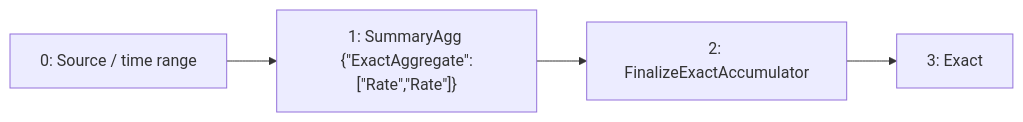
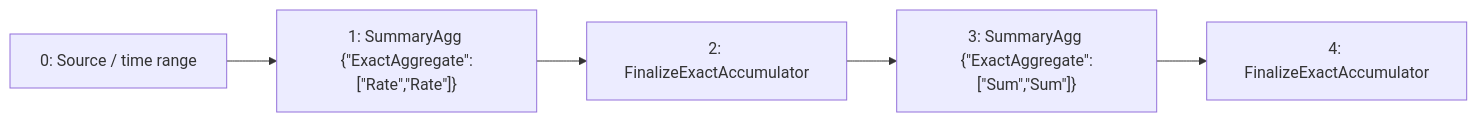
The first of 2 diagrams in docs/evaluation/issue754-human-review/grouped-rate.md (ProjectASAP/ASAPQuery-backend), drawn with Mermaid before and after one commit. The commit also changed other lines of this file and 56 other files, not shown here.

````diff
--- a/docs/evaluation/issue754-human-review/grouped-rate.md
+++ b/docs/evaluation/issue754-human-review/grouped-rate.md
@@ -13,10 +13,12 @@
 ```mermaid
 flowchart LR
   N0["0: Source / time range"]
   N1["1: SummaryAgg {&quot;ExactAggregate&quot;:[&quot;Rate&quot;,&quot;Rate&quot;]}"]
   N2["2: FinalizeExactAccumulator"]
-  N3["3: Exact"]
+  N3["3: SummaryAgg {&quot;ExactAggregate&quot;:[&quot;Sum&quot;,&quot;Sum&quot;]}"]
+  N4["4: FinalizeExactAccumulator"]
   N0 --> N1
   N1 --> N2
   N2 --> N3
+  N3 --> N4
 ```
````
